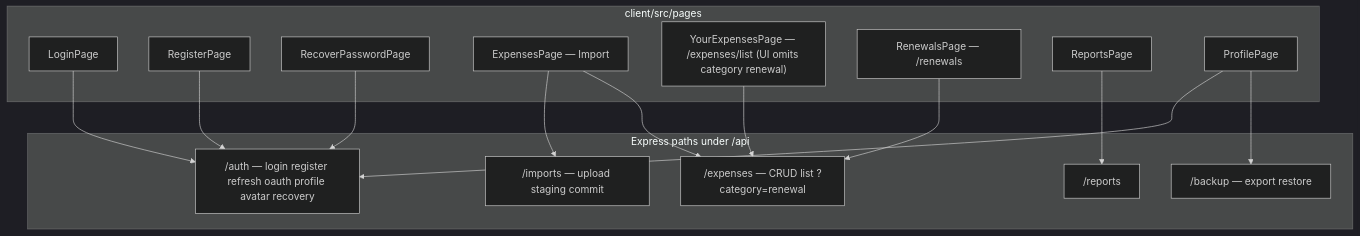
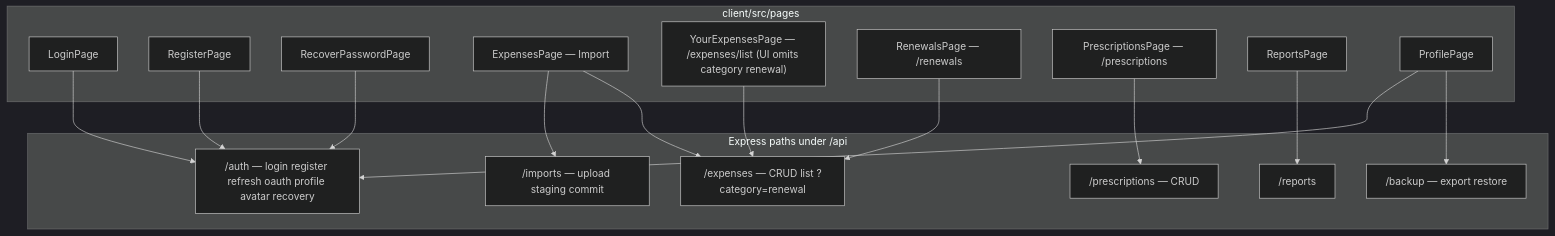
One commit to becomeonewiththecode/expense_tracker changed the seventh of 17 diagrams in docs/ARCHITECTURE_DIAGRAM.md. Above: the diagram before and after it, drawn with Mermaid (dark theme). The commit also changed other lines of this file and 14 other files, not shown here.

First line of the commit message:
Add Prescriptions: CRUD, reminders, monthly renewal periods

````diff
--- a/docs/ARCHITECTURE_DIAGRAM.md
+++ b/docs/ARCHITECTURE_DIAGRAM.md
@@ -242,32 +250,35 @@
 ```mermaid
 flowchart TB
   subgraph pages [client/src/pages]
     LP[LoginPage]
     RP[RegisterPage]
     Rcv[RecoverPasswordPage]
     EP[ExpensesPage — Import]
     YEP["YourExpensesPage — /expenses/list (UI omits category renewal)"]
     NRP[RenewalsPage — /renewals]
+    PSP[PrescriptionsPage — /prescriptions]
     RPg[ReportsPage]
     PP[ProfilePage]
   end
 
   subgraph api [Express paths under /api]
     A1["/auth — login register refresh oauth profile avatar recovery"]
     A2["/expenses — CRUD list ?category=renewal"]
     A3["/imports — upload staging commit"]
     A4["/reports"]
     A5["/backup — export restore"]
+    A6["/prescriptions — CRUD"]
   end
 
   LP --> A1
   RP --> A1
   Rcv --> A1
   PP --> A1
   PP --> A5
   EP --> A3
   EP --> A2
   YEP --> A2
   NRP --> A2
+  PSP --> A6
   RPg --> A4
 ```
````
